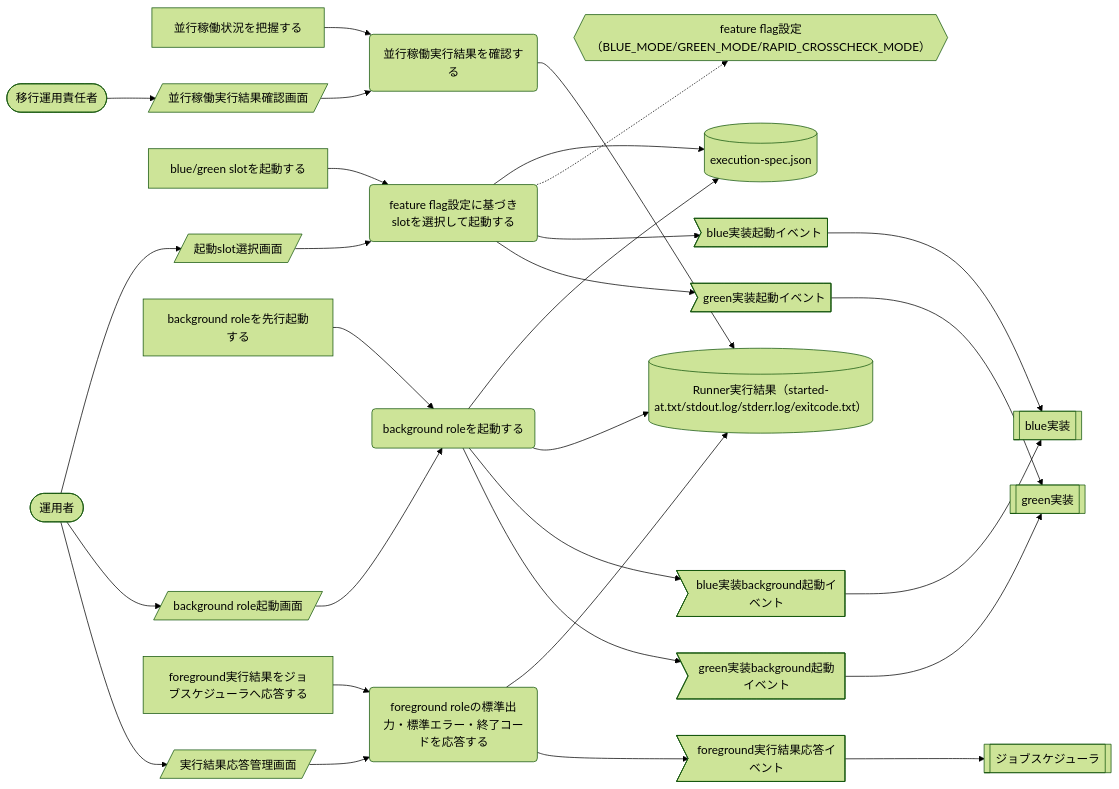
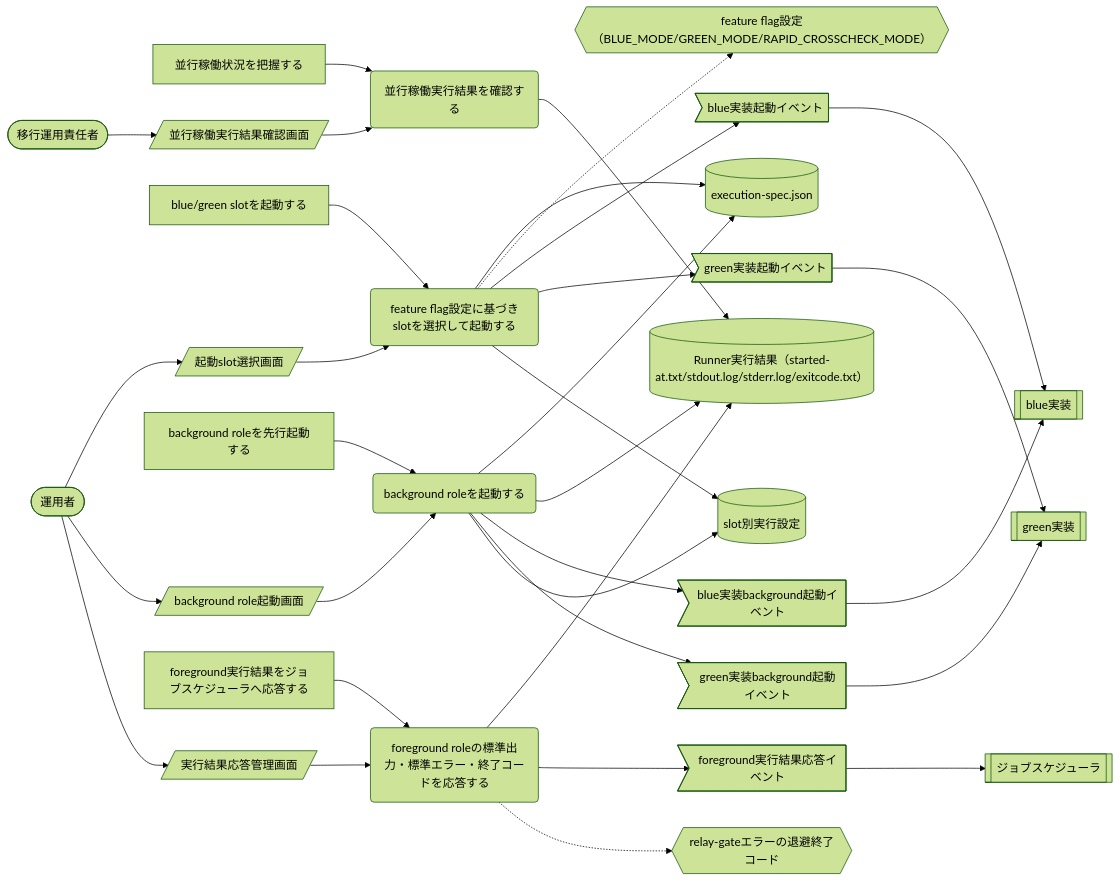
The first of 9 diagrams in docs/rdra/latest/views/04_UC複合図.md (suwa-sh/relay-gate), drawn with Mermaid (forest theme) before and after one commit. The commit also changed other lines of this file and 972 other files, not shown here.

````diff
--- a/docs/rdra/latest/views/04_UC複合図.md
+++ b/docs/rdra/latest/views/04_UC複合図.md
@@ -12,56 +12,61 @@
 ```mermaid
 graph LR
   UC1("並行稼働実行結果を確認する")
   AT1["並行稼働状況を把握する"]
   IF1[("Runner実行結果（started-at.txt/stdout.log/stderr.log/exitcode.txt）")]
   SC1[/"並行稼働実行結果確認画面"/]
   AC1(["移行運用責任者"])
   UC2("feature flag設定に基づきslotを選択して起動する")
   AT2["blue/green slotを起動する"]
   IF2[("execution-spec.json")]
   CD1{{"feature flag設定（BLUE_MODE/GREEN_MODE/RAPID_CROSSCHECK_MODE）"}}
   SC2[/"起動slot選択画面"/]
   AC2(["運用者"])
   EV1>"blue実装起動イベント"]
   EX1[["blue実装"]]
   EV2>"green実装起動イベント"]
   EX2[["green実装"]]
   UC3("background roleを起動する")
   AT3["background roleを先行起動する"]
   SC3[/"background role起動画面"/]
   EV3>"blue実装background起動イベント"]
   EV4>"green実装background起動イベント"]
   UC4("foreground roleの標準出力・標準エラー・終了コードを応答する")
   AT4["foreground実行結果をジョブスケジューラへ応答する"]
   SC4[/"実行結果応答管理画面"/]
   EV5>"foreground実行結果応答イベント"]
   EX3[["ジョブスケジューラ"]]
+  IF3[("slot別実行設定")]
+  CD2{{"relay-gateエラーの退避終了コード"}}
   AT1 --> UC1
   UC1 --> IF1
   AC1 --> SC1
   SC1 --> UC1
   AT2 --> UC2
   UC2 --> IF2
   UC2 -.-> CD1
   AC2 --> SC2
   SC2 --> UC2
   UC2 --> EV1
   EV1 --> EX1
   UC2 --> EV2
   EV2 --> EX2
   AT3 --> UC3
   UC3 --> IF2
   UC3 --> IF1
   AC2 --> SC3
   SC3 --> UC3
   UC3 --> EV3
   EV3 --> EX1
   UC3 --> EV4
   EV4 --> EX2
   AT4 --> UC4
   UC4 --> IF1
   AC2 --> SC4
   SC4 --> UC4
   UC4 --> EV5
   EV5 --> EX3
+  UC2 --> IF3
+  UC3 --> IF3
+  UC4 -.-> CD2
 ```
````
